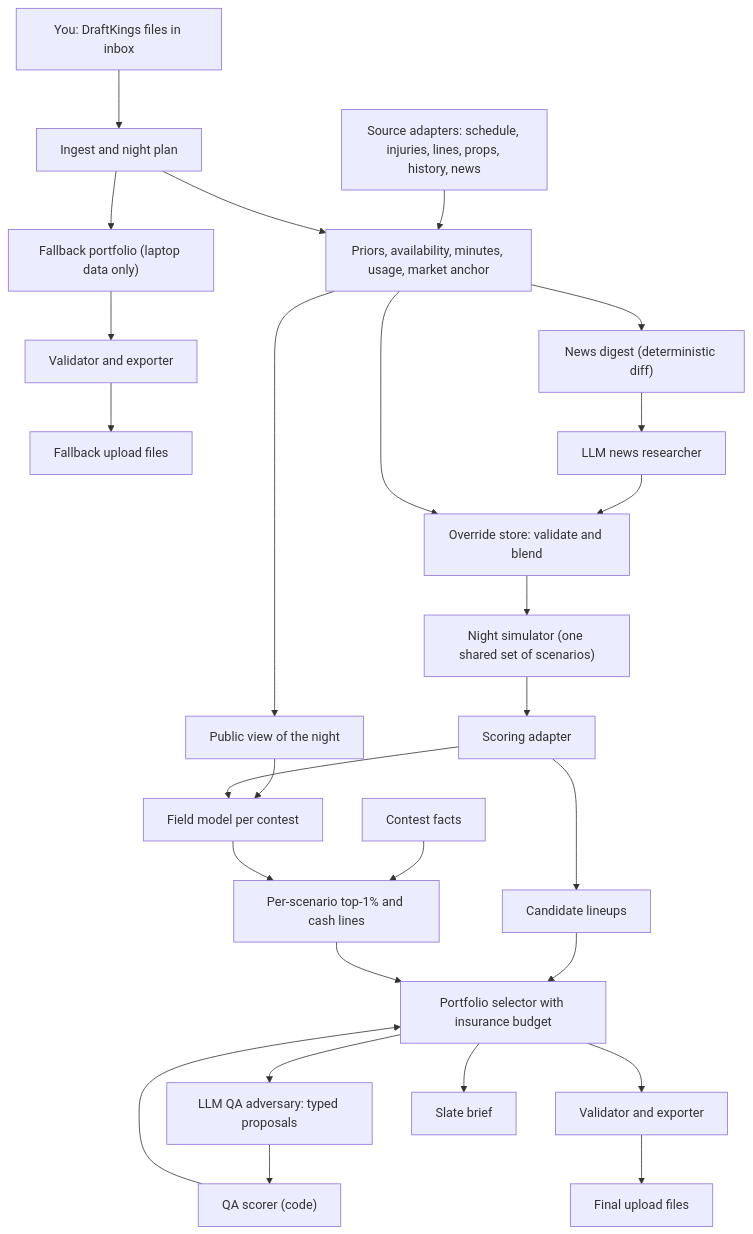
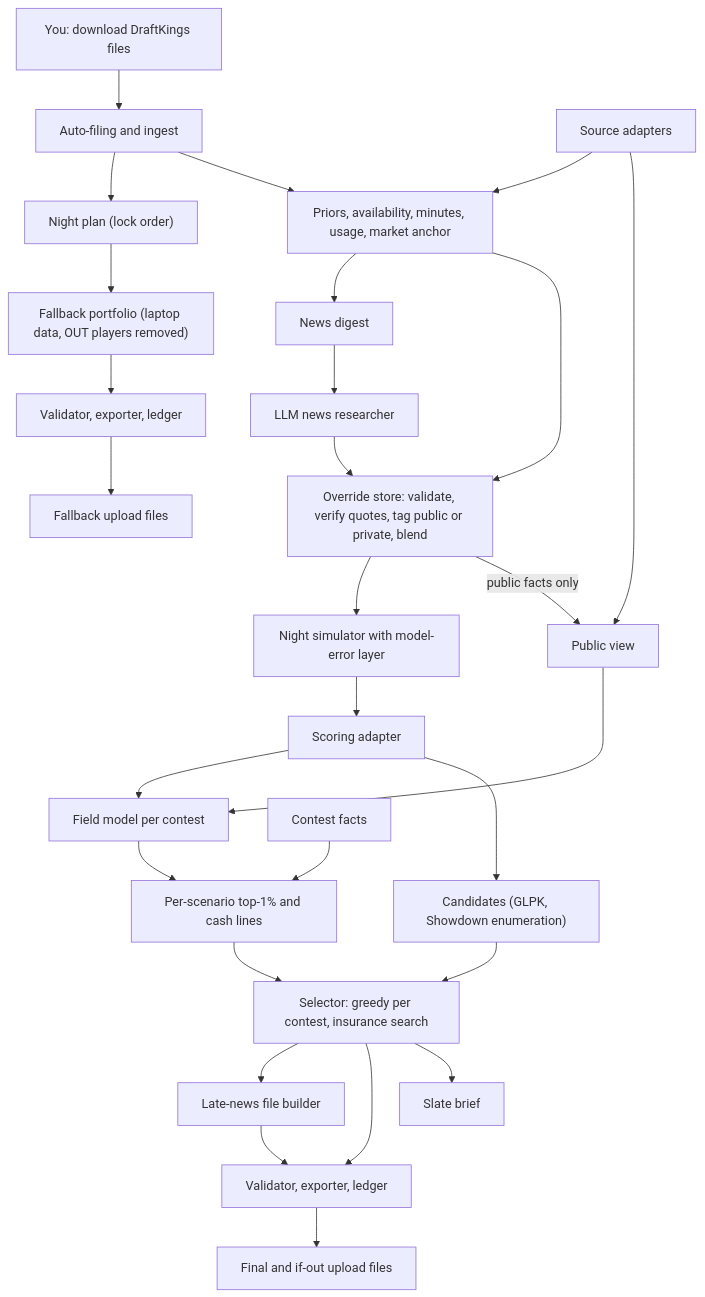
The first of 3 diagrams in docs/ARCHITECTURE.md (bleeski/nba-dfs), drawn with Mermaid before and after one commit. The commit also changed other lines of this file and 4 other files, not shown here.

Commit message:
ARCHITECTURE v2 after red-team round 1; ADR-006 solver; RT1 memo

````diff
--- a/docs/ARCHITECTURE.md
+++ b/docs/ARCHITECTURE.md
@@ -164,29 +179,30 @@
 ```mermaid
 flowchart TD
-    U["You: DraftKings files in inbox"] --> I["Ingest and night plan"]
-    I --> FB["Fallback portfolio (laptop data only)"]
-    FB --> V1["Validator and exporter"]
+    DL["You: download DraftKings files"] --> AF["Auto-filing and ingest"]
+    AF --> NP["Night plan (lock order)"]
+    NP --> FB["Fallback portfolio (laptop data, OUT players removed)"]
+    FB --> V1["Validator, exporter, ledger"]
     V1 --> UP1["Fallback upload files"]
-    S["Source adapters: schedule, injuries, lines, props, history, news"] --> P["Priors, availability, minutes, usage, market anchor"]
-    I --> P
-    P --> ND["News digest (deterministic diff)"]
+    SRC["Source adapters"] --> PRJ["Priors, availability, minutes, usage, market anchor"]
+    AF --> PRJ
+    PRJ --> ND["News digest"]
     ND --> NR["LLM news researcher"]
-    NR --> OV["Override store: validate and blend"]
-    P --> OV
-    OV --> SIM["Night simulator (one shared set of scenarios)"]
+    NR --> OV["Override store: validate, verify quotes, tag public or private, blend"]
+    PRJ --> OV
+    OV --> SIM["Night simulator with model-error layer"]
     SIM --> SC["Scoring adapter"]
-    P --> PUB["Public view of the night"]
+    OV -->|public facts only| PUB["Public view"]
+    SRC --> PUB
     PUB --> FLD["Field model per contest"]
     SC --> FLD
     CF["Contest facts"] --> TH["Per-scenario top-1% and cash lines"]
     FLD --> TH
-    SC --> CAND["Candidate lineups"]
-    CAND --> SEL["Portfolio selector with insurance budget"]
+    SC --> CAND["Candidates (GLPK, Showdown enumeration)"]
+    CAND --> SEL["Selector: greedy per contest, insurance search"]
     TH --> SEL
-    SEL --> QA["LLM QA adversary: typed proposals"]
-    QA --> QS["QA scorer (code)"]
-    QS --> SEL
-    SEL --> V2["Validator and exporter"]
-    V2 --> UP2["Final upload files"]
+    SEL --> LN["Late-news file builder"]
+    SEL --> V2["Validator, exporter, ledger"]
+    LN --> V2
+    V2 --> UP2["Final and if-out upload files"]
     SEL --> BR["Slate brief"]
 ```
````
